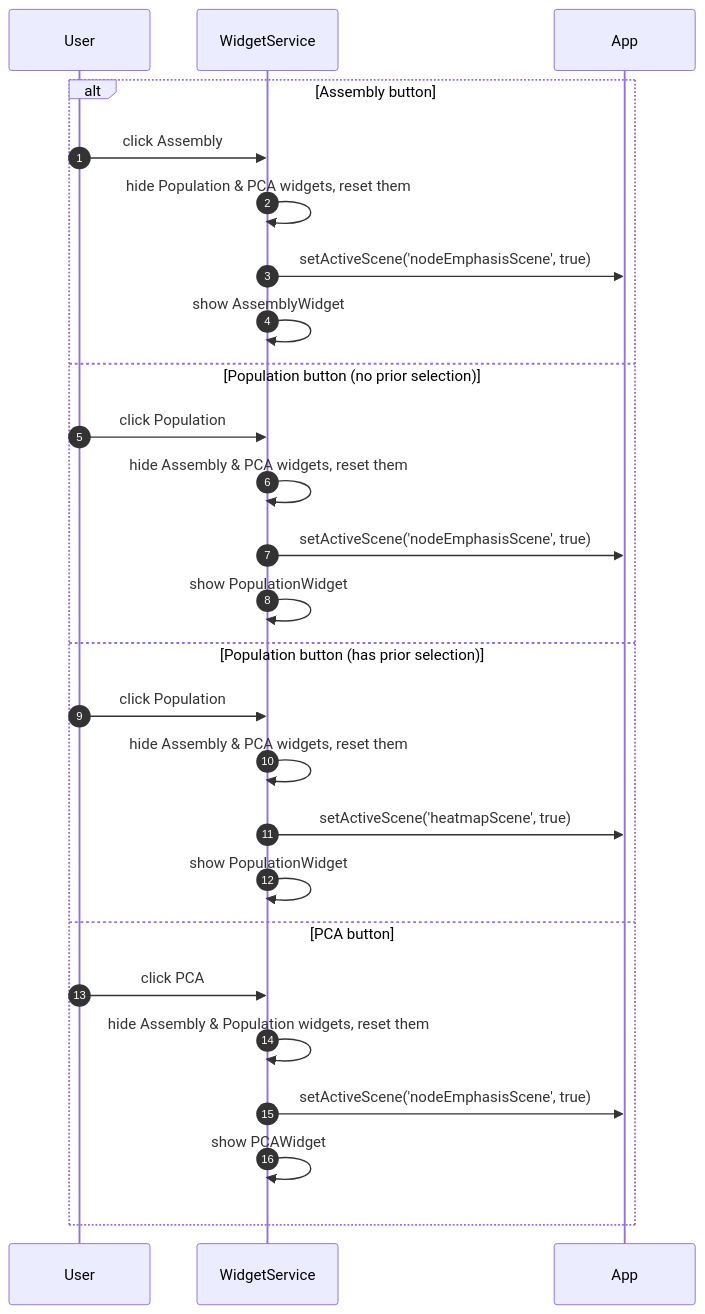
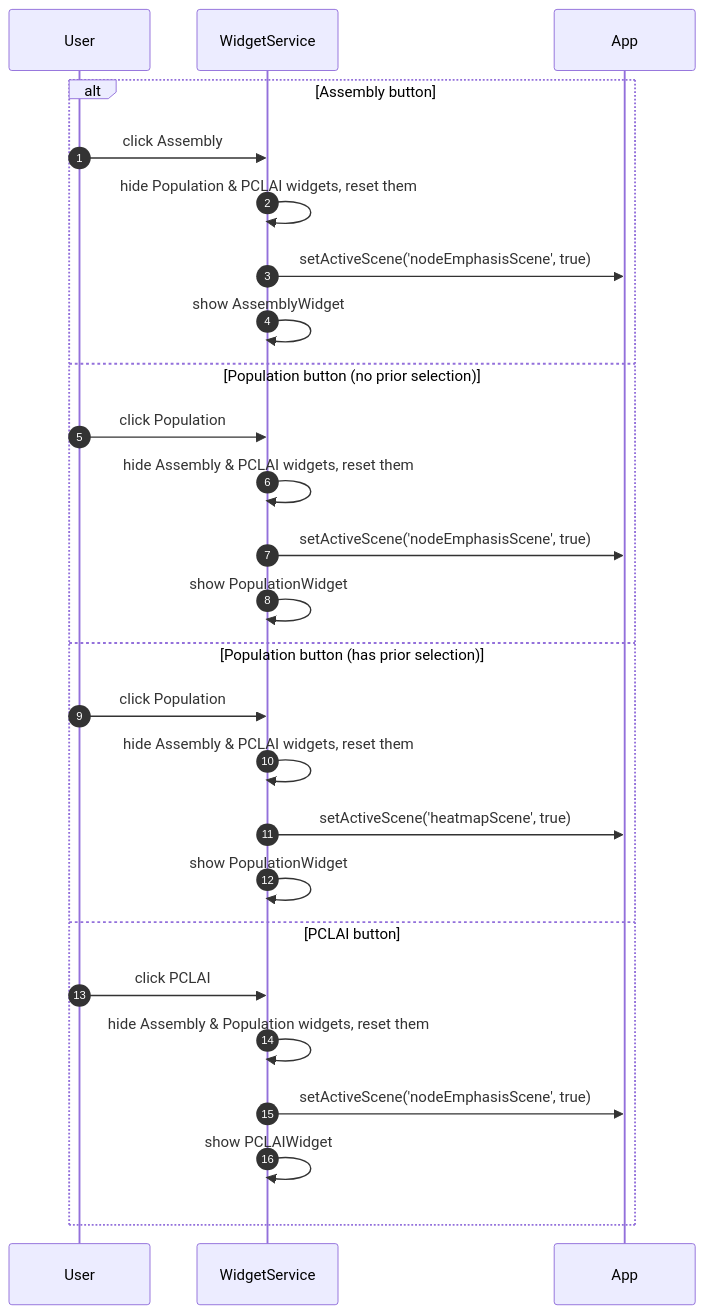
The third of 5 diagrams in notes/architecture/look/look-scene-switch-interaction-diagram.md (CAST-genomics/pgb), drawn with Mermaid before and after one commit. The commit also changed other lines of this file and 40 other files, not shown here.

First line of the commit message:
Rename PCA → PCLAI across code and docs

````diff
--- a/notes/architecture/look/look-scene-switch-interaction-diagram.md
+++ b/notes/architecture/look/look-scene-switch-interaction-diagram.md
@@ -142,33 +142,33 @@
 ```mermaid
 %%{init: {'themeVariables': {'fontSize': '16px'}}}%%
 sequenceDiagram
     autonumber
     participant User
     participant WS as WidgetService
     participant APP as App
 
     alt Assembly button
         User->>WS: click Assembly
-        WS->>WS: hide Population & PCA widgets, reset them
+        WS->>WS: hide Population & PCLAI widgets, reset them
         WS->>APP: setActiveScene('nodeEmphasisScene', true)
         WS->>WS: show AssemblyWidget
 
     else Population button (no prior selection)
         User->>WS: click Population
-        WS->>WS: hide Assembly & PCA widgets, reset them
+        WS->>WS: hide Assembly & PCLAI widgets, reset them
         WS->>APP: setActiveScene('nodeEmphasisScene', true)
         WS->>WS: show PopulationWidget
 
     else Population button (has prior selection)
         User->>WS: click Population
-        WS->>WS: hide Assembly & PCA widgets, reset them
+        WS->>WS: hide Assembly & PCLAI widgets, reset them
         WS->>APP: setActiveScene('heatmapScene', true)
         WS->>WS: show PopulationWidget
 
-    else PCA button
-        User->>WS: click PCA
+    else PCLAI button
+        User->>WS: click PCLAI
         WS->>WS: hide Assembly & Population widgets, reset them
         WS->>APP: setActiveScene('nodeEmphasisScene', true)
-        WS->>WS: show PCAWidget
+        WS->>WS: show PCLAIWidget
     end
 ```
````
